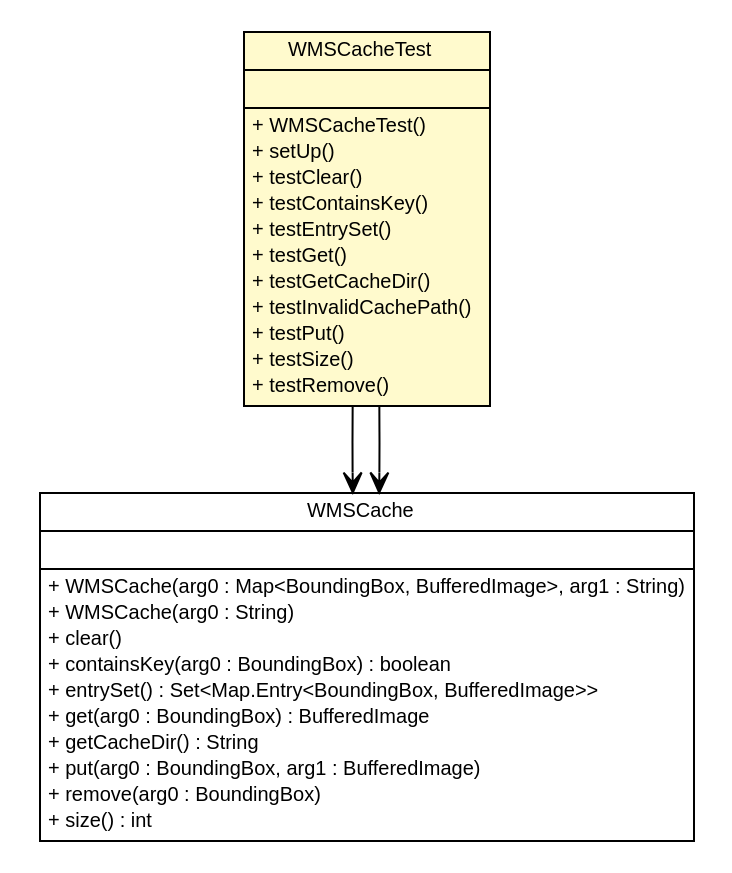
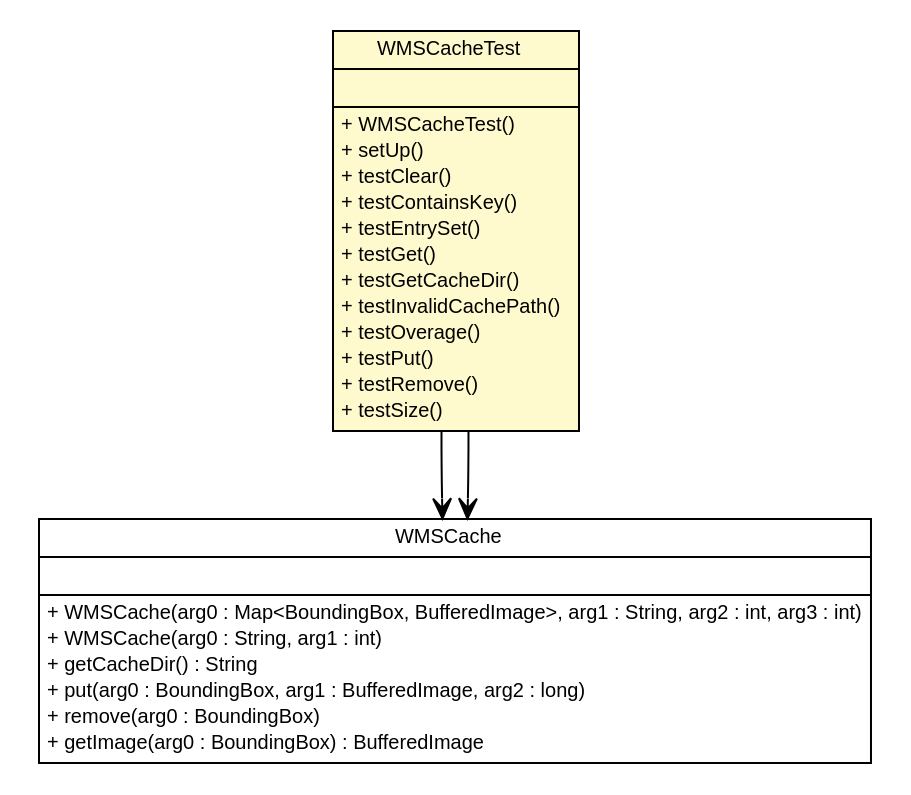
Before and after one commit to MinELenI/CBSviewer: the diagram in testapidocs/nl/mineleni/cbsviewer/servlet/wms/cache/WMSCacheTest.dot, drawn with Graphviz. The commit also changed 438 other files, not shown here.

```diff
--- a/testapidocs/nl/mineleni/cbsviewer/servlet/wms/cache/WMSCacheTest.dot
+++ b/testapidocs/nl/mineleni/cbsviewer/servlet/wms/cache/WMSCacheTest.dot
@@ -1,59 +1,56 @@
 #!/usr/local/bin/dot
 #
 # Class diagram 
 # Generated by UMLGraph version R5_6 (http://www.umlgraph.org/)
 #
 
 digraph G {
 	edge [fontname="arial",fontsize=10,labelfontname="arial",labelfontsize=10];
 	node [fontname="arial",fontsize=10,shape=plaintext];
 	nodesep=0.25;
 	ranksep=0.5;
 	// nl.mineleni.cbsviewer.servlet.wms.cache.WMSCacheTest
-	c256 [label=<<table title="nl.mineleni.cbsviewer.servlet.wms.cache.WMSCacheTest" border="0" cellborder="1" cellspacing="0" cellpadding="2" port="p" bgcolor="lemonChiffon" href="./WMSCacheTest.html">
+	c332 [label=<<table title="nl.mineleni.cbsviewer.servlet.wms.cache.WMSCacheTest" border="0" cellborder="1" cellspacing="0" cellpadding="2" port="p" bgcolor="lemonChiffon" href="./WMSCacheTest.html">
 		<tr><td><table border="0" cellspacing="0" cellpadding="1">
 <tr><td align="center" balign="center"> WMSCacheTest </td></tr>
 		</table></td></tr>
 		<tr><td><table border="0" cellspacing="0" cellpadding="1">
 <tr><td align="left" balign="left">  </td></tr>
 		</table></td></tr>
 		<tr><td><table border="0" cellspacing="0" cellpadding="1">
 <tr><td align="left" balign="left"> + WMSCacheTest() </td></tr>
 <tr><td align="left" balign="left"> + setUp() </td></tr>
 <tr><td align="left" balign="left"> + testClear() </td></tr>
 <tr><td align="left" balign="left"> + testContainsKey() </td></tr>
 <tr><td align="left" balign="left"> + testEntrySet() </td></tr>
 <tr><td align="left" balign="left"> + testGet() </td></tr>
 <tr><td align="left" balign="left"> + testGetCacheDir() </td></tr>
 <tr><td align="left" balign="left"> + testInvalidCachePath() </td></tr>
+<tr><td align="left" balign="left"> + testOverage() </td></tr>
 <tr><td align="left" balign="left"> + testPut() </td></tr>
+<tr><td align="left" balign="left"> + testRemove() </td></tr>
 <tr><td align="left" balign="left"> + testSize() </td></tr>
-<tr><td align="left" balign="left"> + testRemove() </td></tr>
 		</table></td></tr>
 		</table>>, URL="./WMSCacheTest.html", fontname="arial", fontcolor="black", fontsize=10.0];
 	// nl.mineleni.cbsviewer.servlet.wms.cache.WMSCacheTest NAVASSOC nl.mineleni.cbsviewer.servlet.wms.cache.WMSCache
-	c256:p -> c265:p [taillabel="", label="", headlabel="", fontname="arial", fontcolor="black", fontsize=10.0, color="black", arrowhead=open];
+	c332:p -> c341:p [taillabel="", label="", headlabel="", fontname="arial", fontcolor="black", fontsize=10.0, color="black", arrowhead=open];
 	// nl.mineleni.cbsviewer.servlet.wms.cache.WMSCacheTest NAVASSOC nl.mineleni.cbsviewer.servlet.wms.cache.WMSCache
-	c256:p -> c265:p [taillabel="", label="", headlabel="", fontname="arial", fontcolor="black", fontsize=10.0, color="black", arrowhead=open];
+	c332:p -> c341:p [taillabel="", label="", headlabel="", fontname="arial", fontcolor="black", fontsize=10.0, color="black", arrowhead=open];
 	// nl.mineleni.cbsviewer.servlet.wms.cache.WMSCache
-	c265 [label=<<table title="nl.mineleni.cbsviewer.servlet.wms.cache.WMSCache" border="0" cellborder="1" cellspacing="0" cellpadding="2" port="p">
+	c341 [label=<<table title="nl.mineleni.cbsviewer.servlet.wms.cache.WMSCache" border="0" cellborder="1" cellspacing="0" cellpadding="2" port="p">
 		<tr><td><table border="0" cellspacing="0" cellpadding="1">
 <tr><td align="center" balign="center"> WMSCache </td></tr>
 		</table></td></tr>
 		<tr><td><table border="0" cellspacing="0" cellpadding="1">
 <tr><td align="left" balign="left">  </td></tr>
 		</table></td></tr>
 		<tr><td><table border="0" cellspacing="0" cellpadding="1">
-<tr><td align="left" balign="left"> + WMSCache(arg0 : Map&lt;BoundingBox, BufferedImage&gt;, arg1 : String) </td></tr>
-<tr><td align="left" balign="left"> + WMSCache(arg0 : String) </td></tr>
-<tr><td align="left" balign="left"> + clear() </td></tr>
-<tr><td align="left" balign="left"> + containsKey(arg0 : BoundingBox) : boolean </td></tr>
-<tr><td align="left" balign="left"> + entrySet() : Set&lt;Map.Entry&lt;BoundingBox, BufferedImage&gt;&gt; </td></tr>
-<tr><td align="left" balign="left"> + get(arg0 : BoundingBox) : BufferedImage </td></tr>
+<tr><td align="left" balign="left"> + WMSCache(arg0 : Map&lt;BoundingBox, BufferedImage&gt;, arg1 : String, arg2 : int, arg3 : int) </td></tr>
+<tr><td align="left" balign="left"> + WMSCache(arg0 : String, arg1 : int) </td></tr>
 <tr><td align="left" balign="left"> + getCacheDir() : String </td></tr>
-<tr><td align="left" balign="left"> + put(arg0 : BoundingBox, arg1 : BufferedImage) </td></tr>
+<tr><td align="left" balign="left"> + put(arg0 : BoundingBox, arg1 : BufferedImage, arg2 : long) </td></tr>
 <tr><td align="left" balign="left"> + remove(arg0 : BoundingBox) </td></tr>
-<tr><td align="left" balign="left"> + size() : int </td></tr>
+<tr><td align="left" balign="left"> + getImage(arg0 : BoundingBox) : BufferedImage </td></tr>
 		</table></td></tr>
 		</table>>, URL="null", fontname="arial", fontcolor="black", fontsize=10.0];
 }
```
